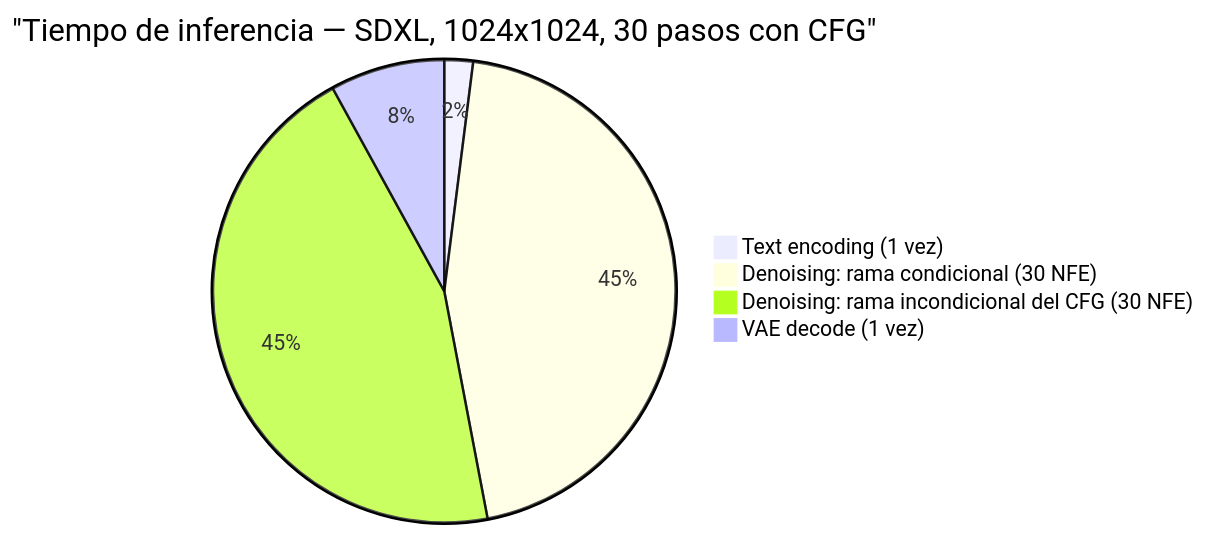
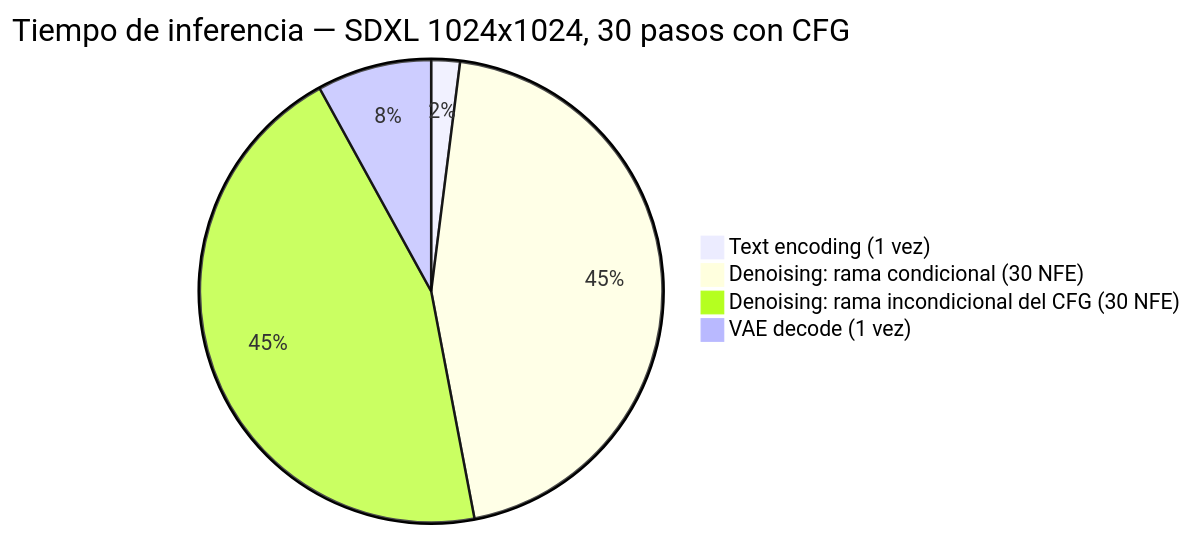
One commit to DavidDevGt/DifusionReal changed the tenth of 11 diagrams in 15-pipelines/README.md. Above: the diagram before and after it, drawn with Mermaid. The commit also changed other lines of this file and 1 other file, not shown here.

Commit message:
fix: enlace muerto en 10 y sintaxis de los pie charts de 15
- 10-distillation: enlace a ../14-quantization/ (modulo inexistente)
  convertido a texto "pendiente", coherente con el resto de
  referencias a modulos no escritos.
- 15-pipelines: los titulos de los dos graficos pie llevaban
  comillas. La gramatica de mermaid toma el titulo sin comillar
  hasta fin de linea, asi que se renderizaban literalmente.

Verificacion posterior: 210 enlaces con ancla resueltos, 0 enlaces
a ficheros inexistentes, 17/17 ficheros con code fences
balanceados, 79 diagramas mermaid sin nodos sin comillar.

````diff
--- a/15-pipelines/README.md
+++ b/15-pipelines/README.md
@@ -443,7 +443,7 @@
 ```mermaid
-pie title "Tiempo de inferencia — SDXL, 1024x1024, 30 pasos con CFG"
+pie title Tiempo de inferencia — SDXL 1024x1024, 30 pasos con CFG
     "Text encoding (1 vez)" : 2
     "Denoising: rama condicional (30 NFE)" : 45
     "Denoising: rama incondicional del CFG (30 NFE)" : 45
     "VAE decode (1 vez)" : 8
 ```
````
